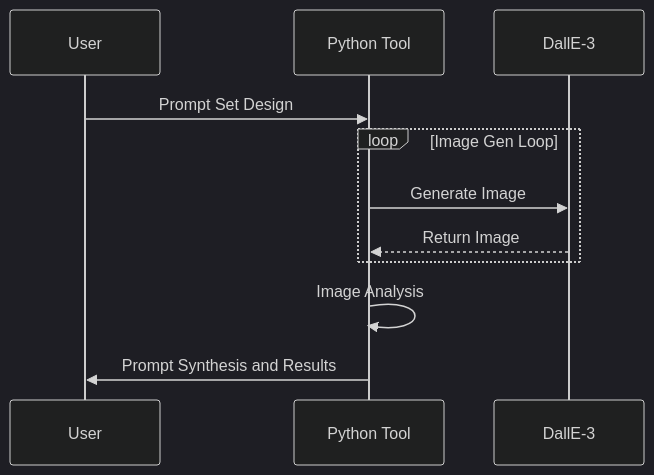
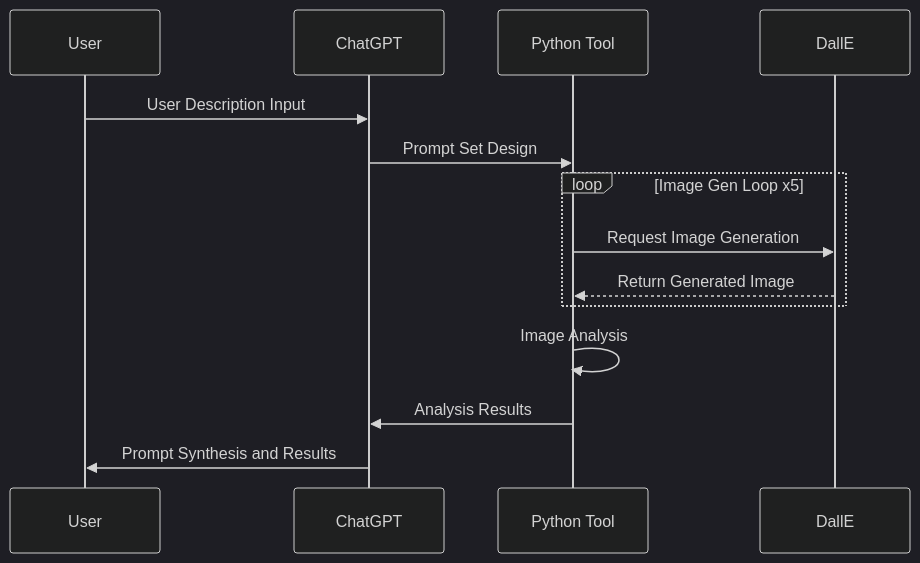
One commit to nerority/Advanced-GPTs changed the second of 6 diagrams in README.md. Above: the diagram before and after it, drawn with Mermaid (dark theme). The commit also changed other lines of this file, not shown here.

````diff
--- a/README.md
+++ b/README.md
@@ -85,14 +84,17 @@
 ```mermaid
 sequenceDiagram
     participant User
+    participant ChatGPT
     participant PythonTool as Python Tool
-    participant DallE as DallE-3
+    participant DallE
 
-    User->>PythonTool: Prompt Set Design
-    loop Image Gen Loop
-        PythonTool->>DallE: Generate Image
-        DallE-->>PythonTool: Return Image
+    User->>ChatGPT: User Description Input
+    ChatGPT->>PythonTool: Prompt Set Design
+    loop Image Gen Loop x5
+        PythonTool->>DallE: Request Image Generation
+        DallE-->>PythonTool: Return Generated Image
     end
     PythonTool->>PythonTool: Image Analysis
-    PythonTool->>User: Prompt Synthesis and Results
+    PythonTool->>ChatGPT: Analysis Results
+    ChatGPT->>User: Prompt Synthesis and Results
 ```
````
